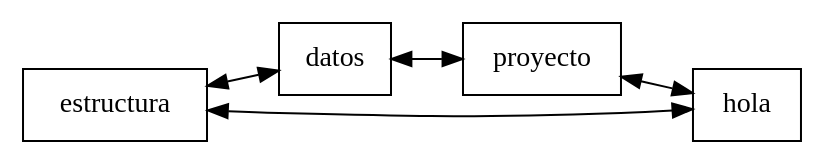
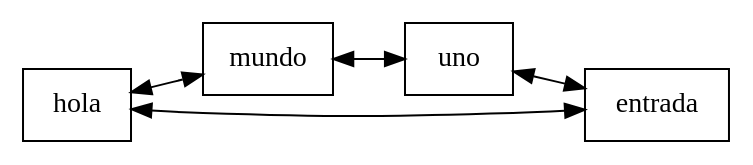
The diagram in EDD_Proyecto1/EDD_Proyecto1/Dictionary_ListaDobleCircular.dot (elJuanjoRamos/EDD_1S2020_PY1_201801262), drawn with Graphviz before and after one commit. The commit also changed 25 other files, not shown here.

```diff
--- a/EDD_Proyecto1/EDD_Proyecto1/Dictionary_ListaDobleCircular.dot
+++ b/EDD_Proyecto1/EDD_Proyecto1/Dictionary_ListaDobleCircular.dot
@@ -1,11 +1,11 @@
 digraph G {rankdir=LR
 node[shape = box];
-Nodo0 [label = "estructura"];
-Nodo1 [label = "datos"];
-Nodo2 [label = "proyecto"];
-Nodo3 [label = "hola"];
+Nodo0 [label = "hola"];
+Nodo1 [label = "mundo"];
+Nodo2 [label = "uno"];
+Nodo3 [label = "entrada"];
 Nodo0->Nodo1[dir=both];
 Nodo1->Nodo2[dir=both];
 Nodo2->Nodo3[dir=both];
 Nodo0->Nodo3[dir=both]
 }
```
